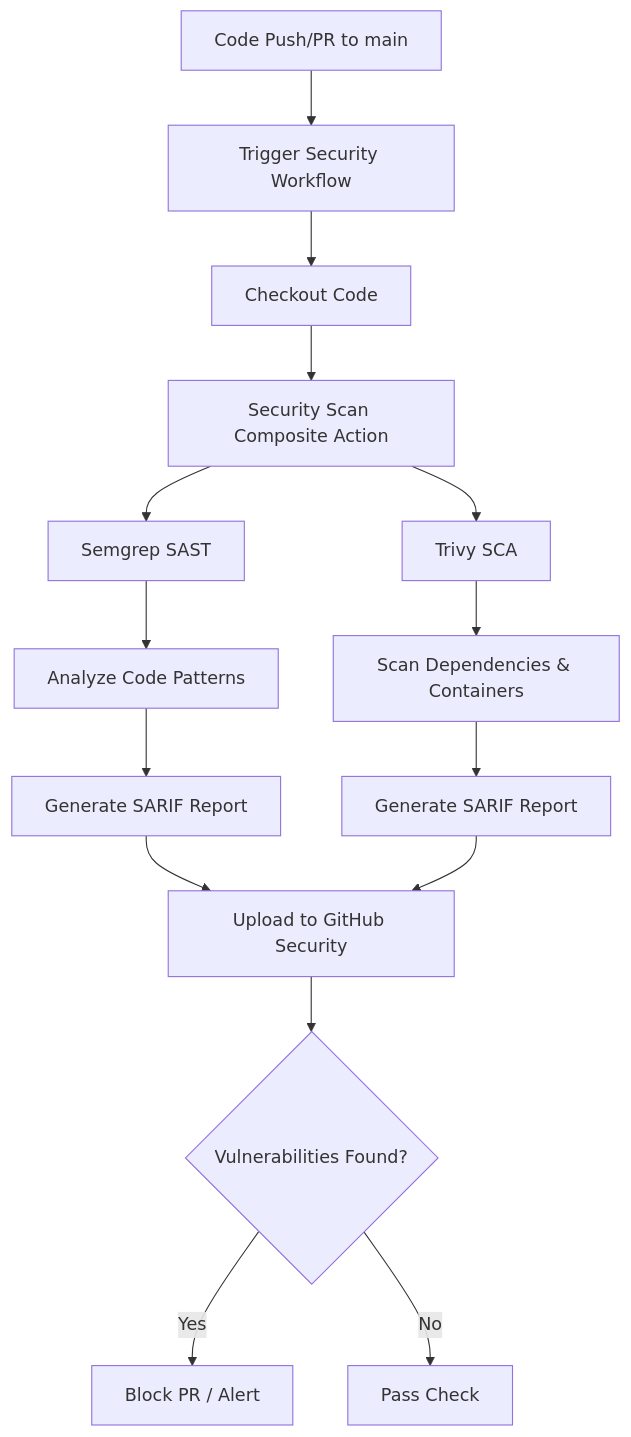
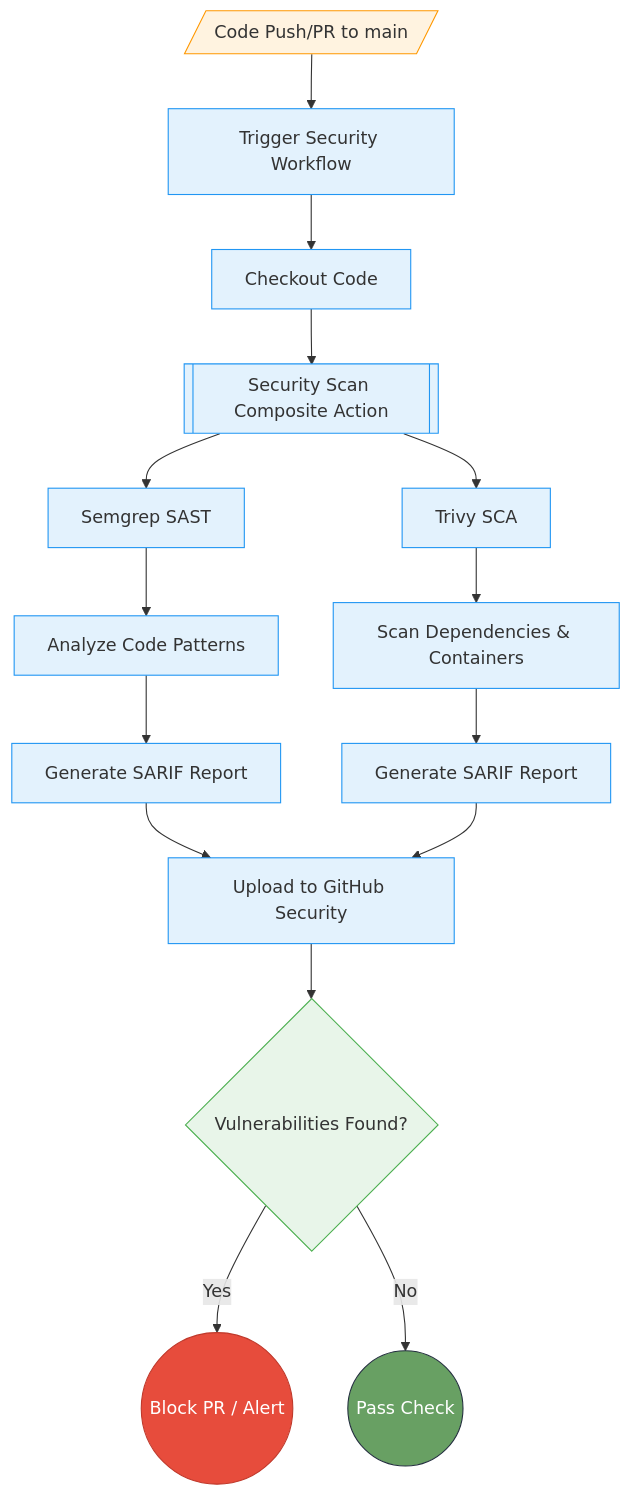
The first of 2 diagrams in .github/SECURITY_WORKFLOW.md (gamaware/system-design-course), drawn with Mermaid before and after one commit. The commit also changed other lines of this file and 7 other files, not shown here.

Commit message:
feat: enhance Mermaid diagrams with semantic shapes and styling

````diff
--- a/.github/SECURITY_WORKFLOW.md
+++ b/.github/SECURITY_WORKFLOW.md
@@ -17,24 +17,37 @@
 ```mermaid
 flowchart TD
     %% Trigger
-    A[Code Push/PR to main] --> B[Trigger Security Workflow]
-    B --> C[Checkout Code]
+    A[/"Code Push/PR to main"/] --> B["Trigger Security Workflow"]
+    B --> C["Checkout Code"]
 
     %% Parallel scan tools
-    C --> D[Security Scan Composite Action]
-    D --> E[Semgrep SAST]
-    D --> F[Trivy SCA]
+    C --> D[["Security Scan Composite Action"]]
+    D --> E["Semgrep SAST"]
+    D --> F["Trivy SCA"]
 
     %% Analysis and reporting
-    E --> G[Analyze Code Patterns]
-    F --> H[Scan Dependencies & Containers]
-    G --> I[Generate SARIF Report]
-    H --> J[Generate SARIF Report]
+    E --> G["Analyze Code Patterns"]
+    F --> H["Scan Dependencies & Containers"]
+    G --> I["Generate SARIF Report"]
+    H --> J["Generate SARIF Report"]
 
     %% Results gate
-    I --> K[Upload to GitHub Security]
+    I --> K["Upload to GitHub Security"]
     J --> K
-    K --> L{Vulnerabilities Found?}
-    L -->|Yes| M[Block PR / Alert]
-    L -->|No| N[Pass Check]
+    K --> L{"Vulnerabilities Found?"}
+    L -->|"Yes"| M(("Block PR / Alert"))
+    L -->|"No"| N(("Pass Check"))
+
+    %% Class definitions
+    classDef trigger fill:#FFF3E0,stroke:#FF9800
+    classDef process fill:#E3F2FD,stroke:#2196F3
+    classDef decision fill:#E8F5E9,stroke:#4CAF50
+    classDef endpoint_fail fill:#e74c3c,stroke:#c0392b,color:#fff
+    classDef endpoint_pass fill:#68a063,stroke:#232f3e,color:#fff
+
+    class A trigger
+    class B,C,D,E,F,G,H,I,J,K process
+    class L decision
+    class M endpoint_fail
+    class N endpoint_pass
 ```
````
